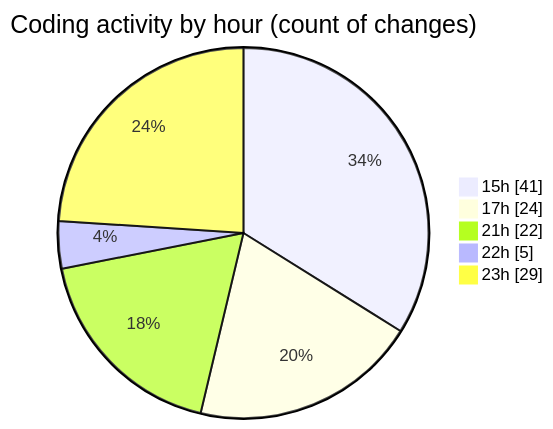
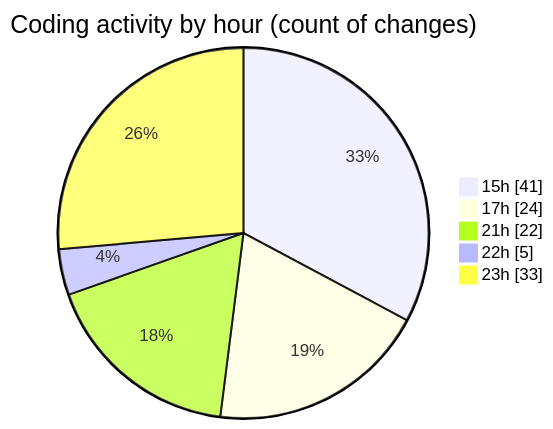
One commit to Netris89/code-tracking changed the second of 2 diagrams in 2025-10-26/skintrack/README.md. Above: the diagram before and after it, drawn with Mermaid. The commit also changed other lines of this file and 1 other file, not shown here.

````diff
--- a/2025-10-26/skintrack/README.md
+++ b/2025-10-26/skintrack/README.md
@@ -46,9 +46,9 @@
 ```mermaid
 pie showData
 title Coding activity by hour (count of changes)
 "15h" : 41
 "17h" : 24
 "21h" : 22
 "22h" : 5
-"23h" : 29
+"23h" : 33
 ```
````
